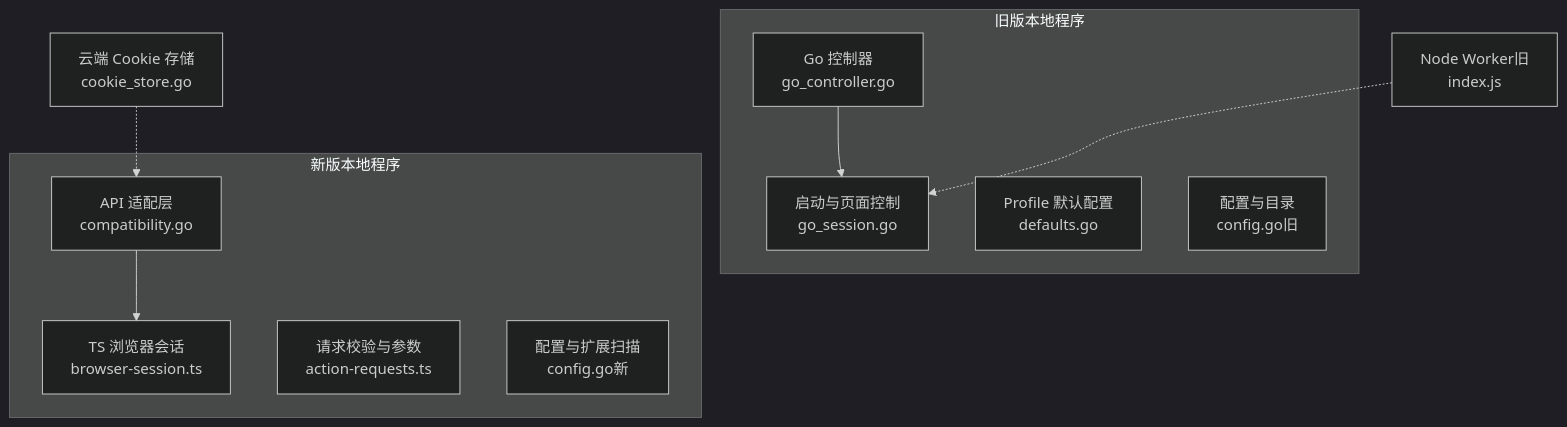
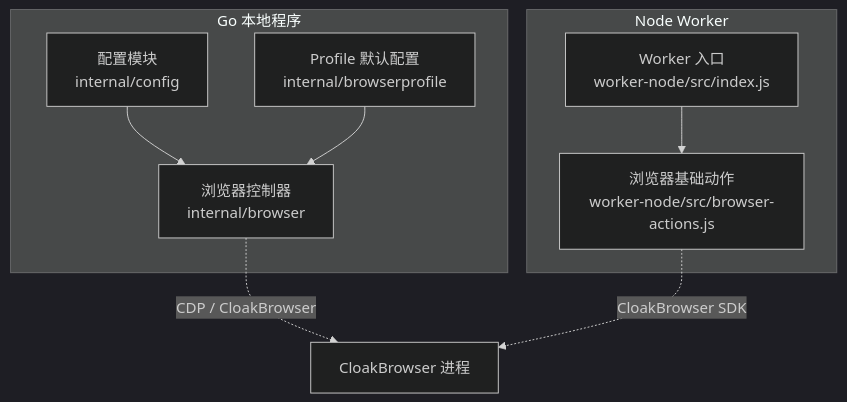
The first of 8 diagrams in .qoder/repowiki/zh/content/本地执行器/浏览器自动化/浏览器配置管理.md (alvinwangzi/goodhr), drawn with Mermaid (dark theme) before and after one commit. The commit also changed other lines of this file and 149 other files, not shown here.

````diff
--- a/.qoder/repowiki/zh/content/本地执行器/浏览器自动化/浏览器配置管理.md
+++ b/.qoder/repowiki/zh/content/本地执行器/浏览器自动化/浏览器配置管理.md
@@ -43,15 +42,17 @@
 ```mermaid
 graph TB
-subgraph "旧版本地程序"
-A["Go 控制器<br/>go_controller.go"] --> B["启动与页面控制<br/>go_session.go"]
-C["Profile 默认配置<br/>defaults.go"]
-D["配置与目录<br/>config.go旧"]
+subgraph "Go 本地程序"
+CFG["配置模块<br/>internal/config"]
+BCTRL["浏览器控制器<br/>internal/browser"]
+BPROF["Profile 默认配置<br/>internal/browserprofile"]
 end
-subgraph "新版本地程序"
-E["API 适配层<br/>compatibility.go"] --> F["TS 浏览器会话<br/>browser-session.ts"]
-G["请求校验与参数<br/>action-requests.ts"]
-H["配置与扩展扫描<br/>config.go新"]
+subgraph "Node Worker"
+WIDX["Worker 入口<br/>worker-node/src/index.js"]
+WACTIONS["浏览器基础动作<br/>worker-node/src/browser-actions.js"]
 end
-I["Node Worker旧<br/>index.js"] -.-> B
-J["云端 Cookie 存储<br/>cookie_store.go"] -.-> E
+CFG --> BCTRL
+BPROF --> BCTRL
+WIDX --> WACTIONS
+BCTRL -.->|"CDP / CloakBrowser"| BROWSER["CloakBrowser 进程"]
+WACTIONS -.->|"CloakBrowser SDK"| BROWSER
 ```
````
